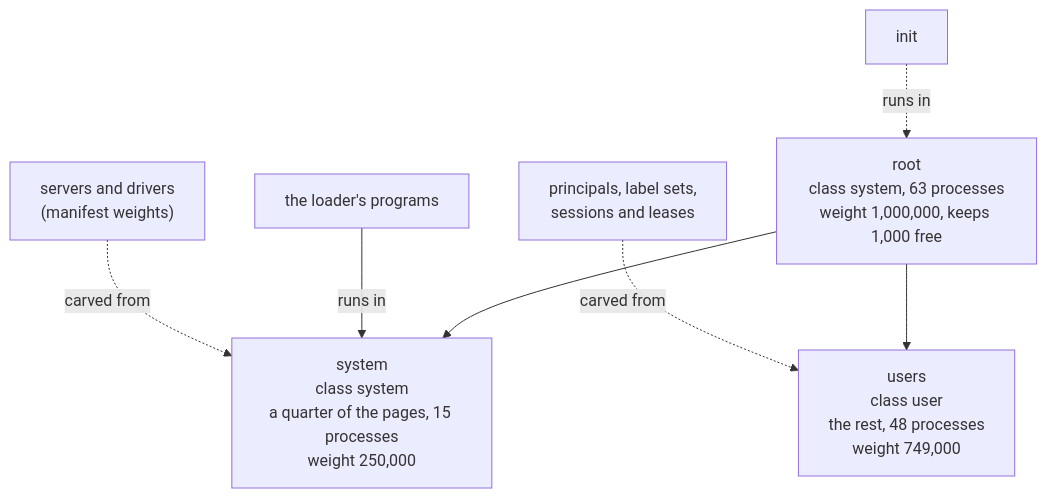
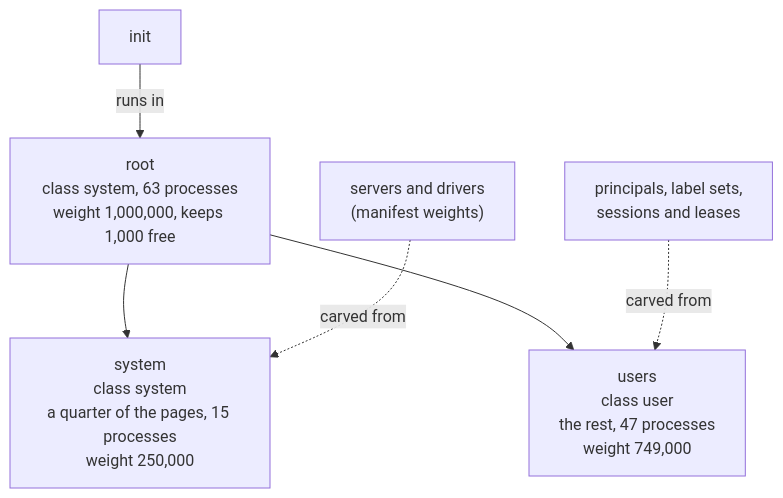
Before and after one commit to sirmick/redoubt: the first of 2 diagrams in docs/kernel/budgets.md, drawn with Mermaid. The commit also changed other lines of this file and 105 other files, not shown here.

````diff
--- a/docs/kernel/budgets.md
+++ b/docs/kernel/budgets.md
@@ -141,16 +144,14 @@
 ```mermaid
 flowchart TD
     R["root<br/>class system, 63 processes<br/>weight 1,000,000, keeps 1,000 free"]
     S["system<br/>class system<br/>a quarter of the pages, 15 processes<br/>weight 250,000"]
-    U["users<br/>class user<br/>the rest, 48 processes<br/>weight 749,000"]
-    L[the loader's programs]
+    U["users<br/>class user<br/>the rest, 47 processes<br/>weight 749,000"]
     I[init]
     SV["servers and drivers<br/>(manifest weights)"]
     P["principals, label sets,<br/>sessions and leases"]
     R --> S
     R --> U
-    L -- runs in --> S
-    I -. runs in .-> R
+    I -- runs in --> R
     SV -. carved from .-> S
     P -. carved from .-> U
 ```
````
